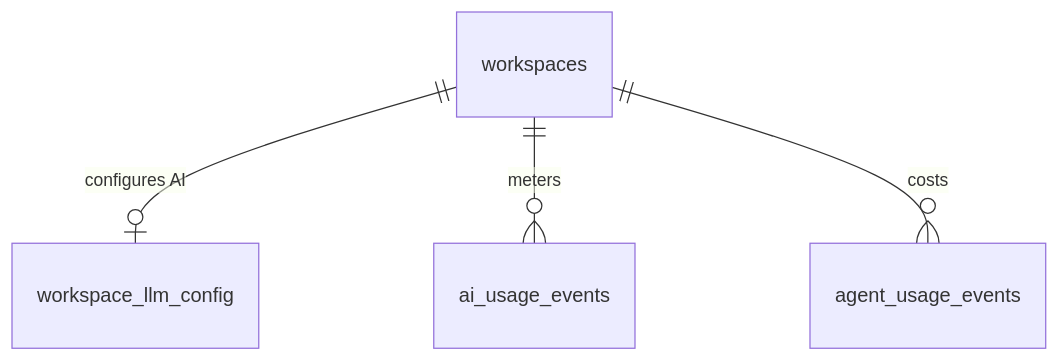
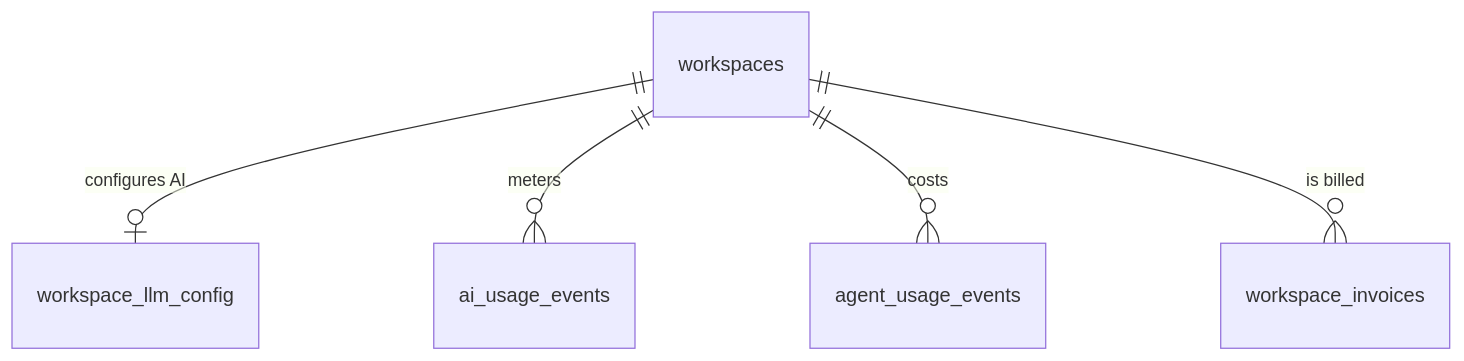
Diagram 12 of 13 in shareout-app/migrations/SCHEMA.md (getshareout/shareout), drawn with Mermaid before and after one commit. The commit also changed other lines of this file and 15 other files, not shown here.

First line of the commit message:
feat(admin): workspace invoices — bill a workspace, attach the receipt, mark it paid

````diff
--- a/shareout-app/migrations/SCHEMA.md
+++ b/shareout-app/migrations/SCHEMA.md
@@ -443,6 +448,7 @@
 ```mermaid
 erDiagram
     workspaces ||--o| workspace_llm_config : "configures AI"
     workspaces ||--o{ ai_usage_events      : "meters"
     workspaces ||--o{ agent_usage_events   : "costs"
+    workspaces ||--o{ workspace_invoices   : "is billed"
 ```
````
